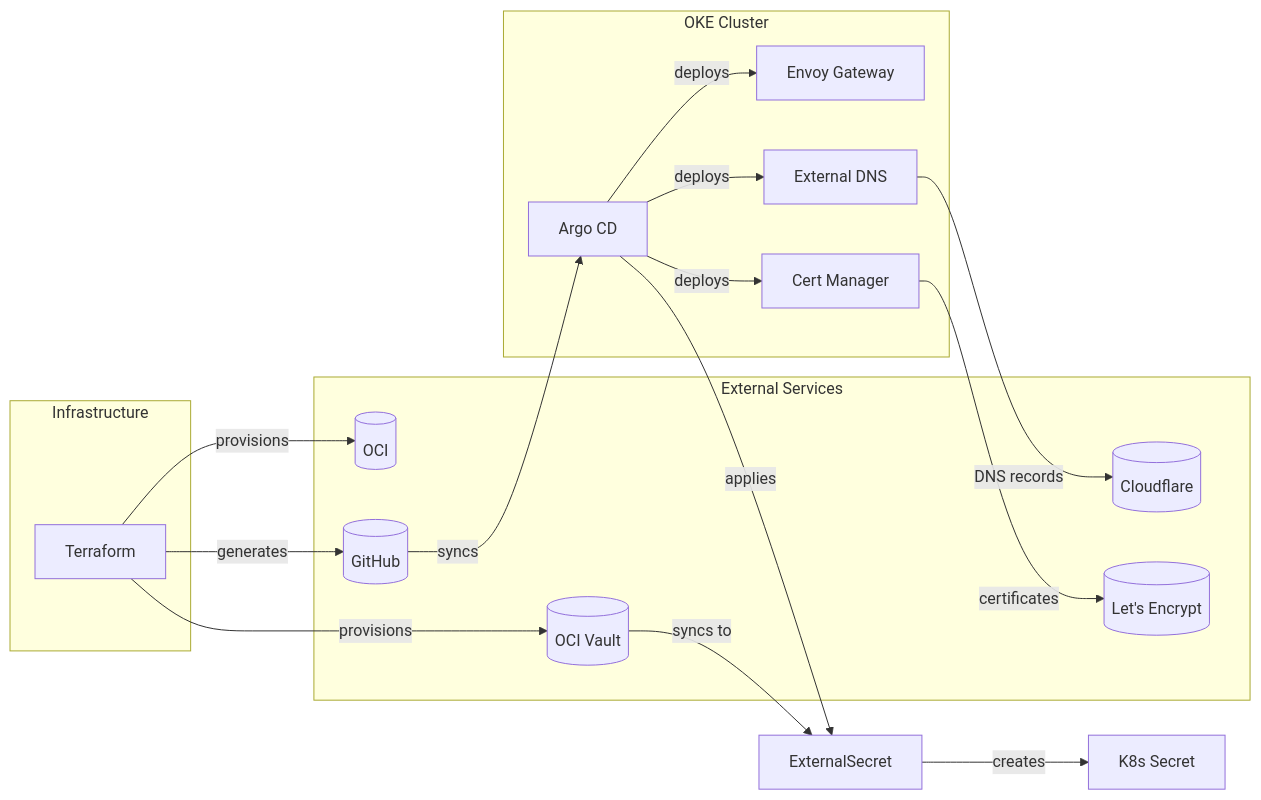
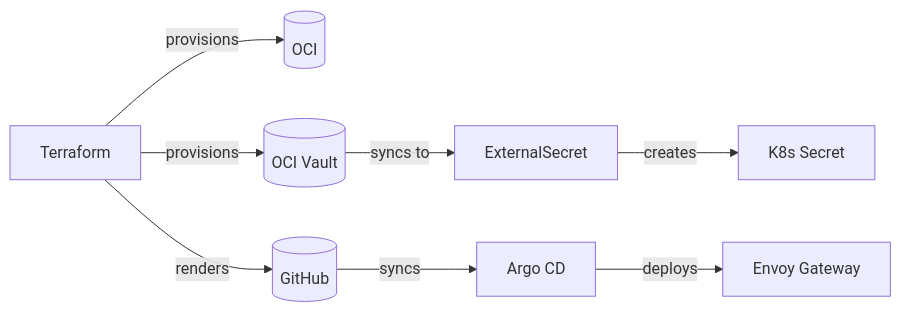
The second of 2 diagrams in README.md (nsudhanva/k8s-oracle), drawn with Mermaid before and after one commit. The commit also changed other lines of this file, not shown here.

Commit message:
docs: trim README, keep diagrams and live state

````diff
--- a/README.md
+++ b/README.md
@@ -111,34 +64,10 @@
 ```mermaid
 flowchart LR
-    subgraph Infra["Infrastructure"]
-        TF[Terraform]
-    end
-
-    subgraph Cluster["OKE Cluster"]
-        Argo[Argo CD]
-        EG[Envoy Gateway]
-        CM[Cert Manager]
-        ED[External DNS]
-    end
-
-    subgraph External["External Services"]
-        OCI[(OCI)]
-        GH[(GitHub)]
-        CFl[(Cloudflare)]
-        LE[(Let's Encrypt)]
-        Vault[(OCI Vault)]
-    end
-
-    TF -->|provisions| OCI
-    TF -->|provisions| Vault
-    TF -->|generates| GH
-    GH -->|syncs| Argo
-    Argo -->|deploys| EG
-    Argo -->|deploys| CM
-    Argo -->|deploys| ED
-    Argo -->|applies| ES[ExternalSecret]
-    Vault -->|syncs to| ES
+    TF[Terraform] -->|provisions| OCI[(OCI)]
+    TF -->|provisions| Vault[(OCI Vault)]
+    TF -->|renders| GH[(GitHub)]
+    GH -->|syncs| Argo[Argo CD]
+    Argo -->|deploys| EG[Envoy Gateway]
+    Vault -->|syncs to| ES[ExternalSecret]
     ES -->|creates| Secret[K8s Secret]
-    CM -->|certificates| LE
-    ED -->|DNS records| CFl
 ```
````
